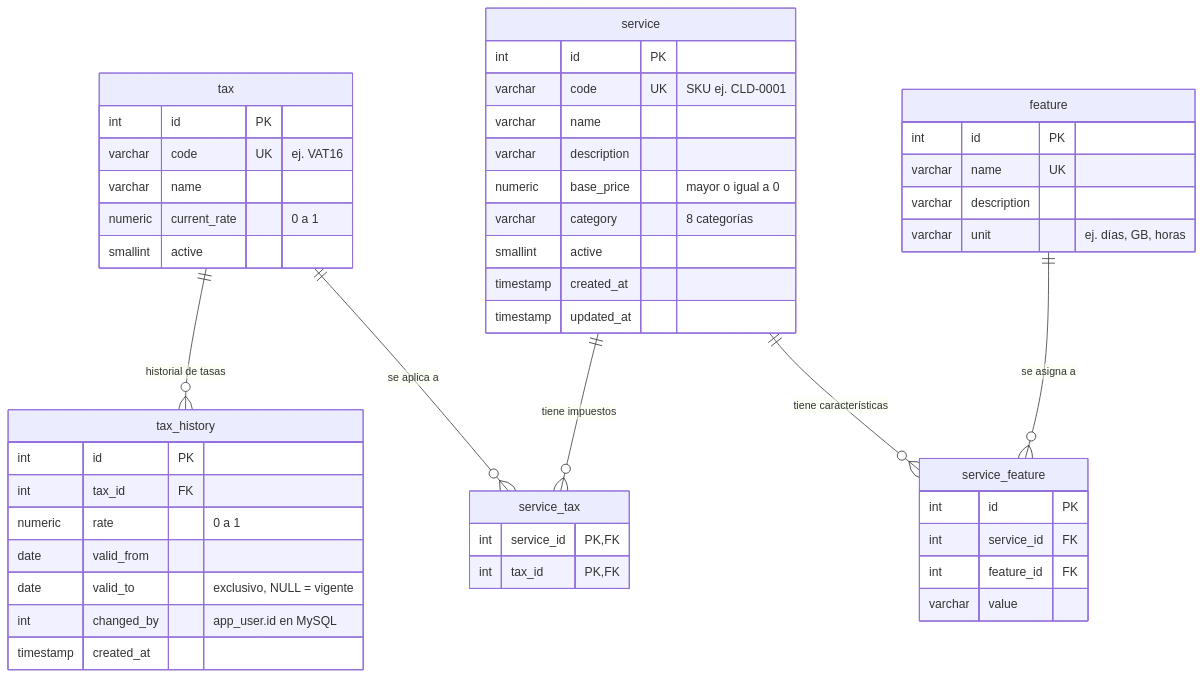
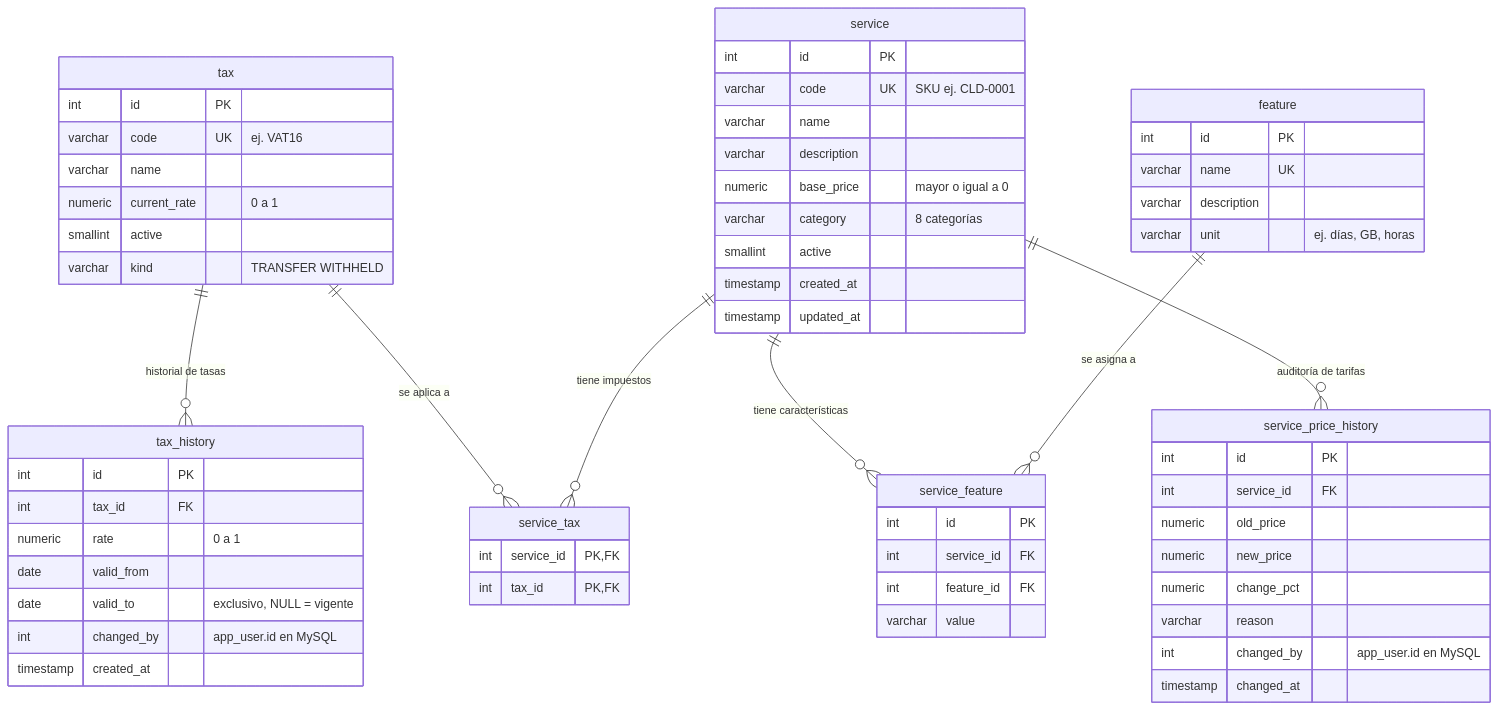
The diagram in docs/04-modelo-rds-postgres.md (getsai18/optativateam), drawn with Mermaid before and after one commit. The commit also changed other lines of this file and 16 other files, not shown here.

````diff
--- a/docs/04-modelo-rds-postgres.md
+++ b/docs/04-modelo-rds-postgres.md
@@ -6,52 +8,64 @@
 ```mermaid
 erDiagram
     tax ||--o{ tax_history : "historial de tasas"
     tax ||--o{ service_tax : "se aplica a"
     service ||--o{ service_tax : "tiene impuestos"
     service ||--o{ service_feature : "tiene características"
+    service ||--o{ service_price_history : "auditoría de tarifas"
     feature ||--o{ service_feature : "se asigna a"
 
     tax {
         int id PK
         varchar code UK "ej. VAT16"
         varchar name
         numeric current_rate "0 a 1"
         smallint active
+        varchar kind "TRANSFER WITHHELD"
     }
     tax_history {
         int id PK
         int tax_id FK
         numeric rate "0 a 1"
         date valid_from
         date valid_to "exclusivo, NULL = vigente"
         int changed_by "app_user.id en MySQL"
         timestamp created_at
     }
     service {
         int id PK
         varchar code UK "SKU ej. CLD-0001"
         varchar name
         varchar description
         numeric base_price "mayor o igual a 0"
         varchar category "8 categorías"
         smallint active
         timestamp created_at
         timestamp updated_at
     }
     feature {
         int id PK
         varchar name UK
         varchar description
         varchar unit "ej. días, GB, horas"
     }
     service_feature {
         int id PK
         int service_id FK
         int feature_id FK
         varchar value
     }
     service_tax {
         int service_id PK, FK
         int tax_id PK, FK
     }
+    service_price_history {
+        int id PK
+        int service_id FK
+        numeric old_price
+        numeric new_price
+        numeric change_pct
+        varchar reason
+        int changed_by "app_user.id en MySQL"
+        timestamp changed_at
+    }
 ```
````
